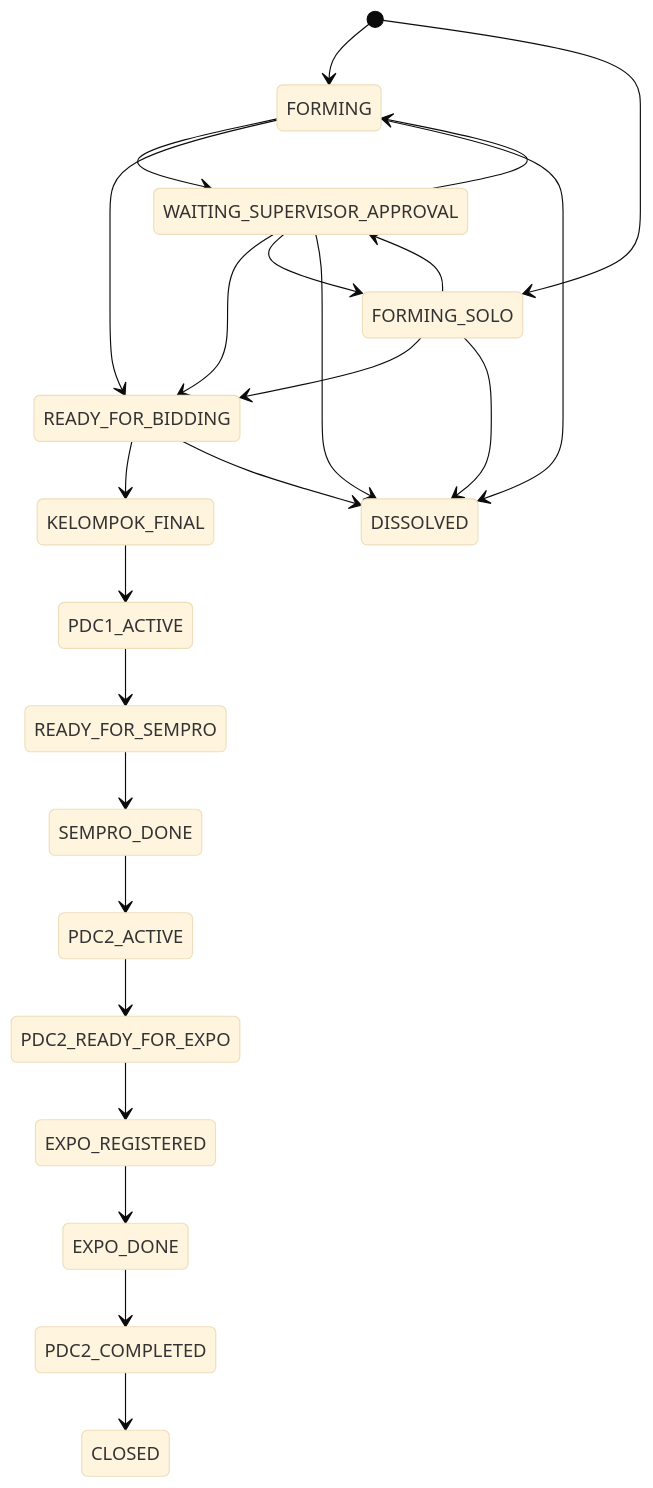
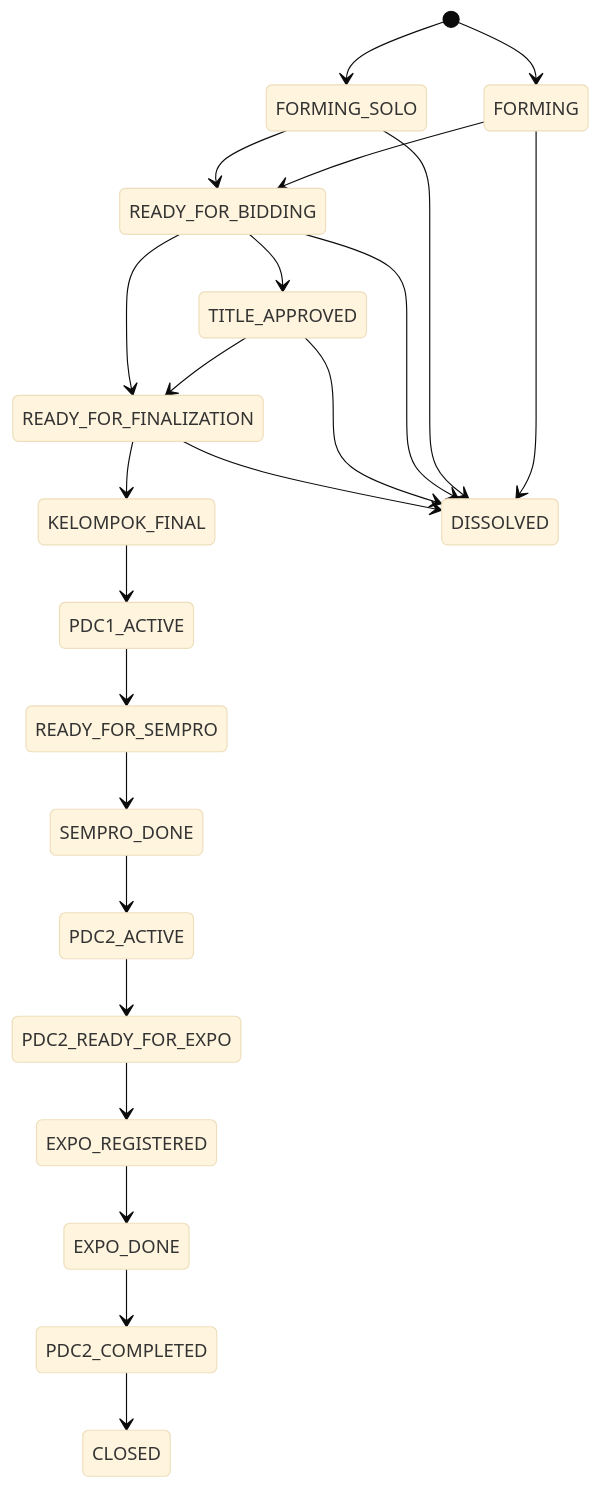
The fourth of 5 diagrams in USER_FLOW_BUSINESS_FLOW.md (rizasaputra29/CTMS), drawn with Mermaid (base theme) before and after one commit. The commit also changed other lines of this file and 45 other files, not shown here.

Commit message:
docs: update user flow governance + comprehensive backend/frontend updates

````diff
--- a/USER_FLOW_BUSINESS_FLOW.md
+++ b/USER_FLOW_BUSINESS_FLOW.md
@@ -304,29 +347,29 @@
 ```mermaid
 stateDiagram-v2
     [*] --> FORMING
     [*] --> FORMING_SOLO
 
-    FORMING --> WAITING_SUPERVISOR_APPROVAL
     FORMING --> READY_FOR_BIDDING
-    FORMING_SOLO --> WAITING_SUPERVISOR_APPROVAL
     FORMING_SOLO --> READY_FOR_BIDDING
-    WAITING_SUPERVISOR_APPROVAL --> READY_FOR_BIDDING
-    WAITING_SUPERVISOR_APPROVAL --> FORMING
-    WAITING_SUPERVISOR_APPROVAL --> FORMING_SOLO
 
-    READY_FOR_BIDDING --> KELOMPOK_FINAL
+    READY_FOR_BIDDING --> TITLE_APPROVED
+    TITLE_APPROVED --> READY_FOR_FINALIZATION
+    READY_FOR_BIDDING --> READY_FOR_FINALIZATION
+
+    READY_FOR_FINALIZATION --> KELOMPOK_FINAL
     KELOMPOK_FINAL --> PDC1_ACTIVE
     PDC1_ACTIVE --> READY_FOR_SEMPRO
     READY_FOR_SEMPRO --> SEMPRO_DONE
     SEMPRO_DONE --> PDC2_ACTIVE
     PDC2_ACTIVE --> PDC2_READY_FOR_EXPO
     PDC2_READY_FOR_EXPO --> EXPO_REGISTERED
     EXPO_REGISTERED --> EXPO_DONE
     EXPO_DONE --> PDC2_COMPLETED
     PDC2_COMPLETED --> CLOSED
 
     FORMING --> DISSOLVED
     FORMING_SOLO --> DISSOLVED
-    WAITING_SUPERVISOR_APPROVAL --> DISSOLVED
     READY_FOR_BIDDING --> DISSOLVED
+    TITLE_APPROVED --> DISSOLVED
+    READY_FOR_FINALIZATION --> DISSOLVED
 ```
````
